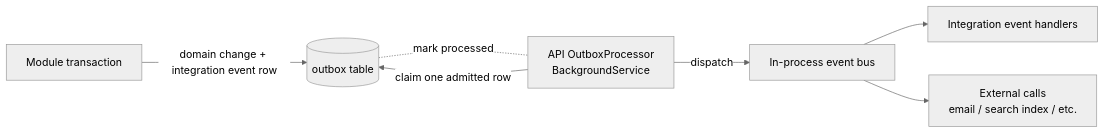
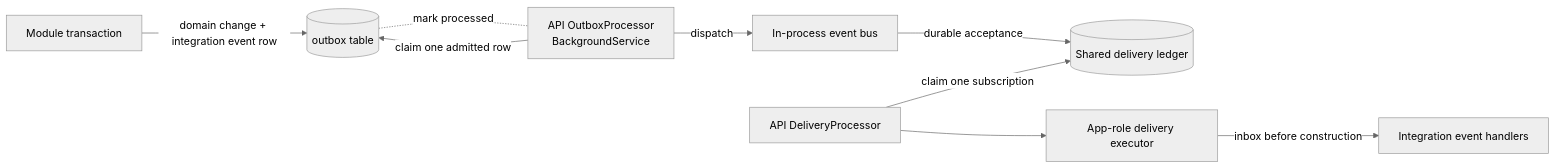
The second of 2 diagrams in docs/architecture/04-technical-architecture.md (HodeTech/LearnStack), drawn with Mermaid (neutral theme) before and after one commit. The commit also changed other lines of this file and 162 other files, not shown here.

First line of the commit message:
feat(kernel): complete P02b-3 durable subscriber delivery (#31)

````diff
--- a/docs/architecture/04-technical-architecture.md
+++ b/docs/architecture/04-technical-architecture.md
@@ -172,16 +172,20 @@
 ```mermaid
 flowchart LR
   trans[Module transaction]
   outbox[(outbox table)]
   dispatcher[API OutboxProcessor<br/>BackgroundService]
   bus[In-process event bus]
+  ledger[(Shared delivery ledger)]
+  consumer[API DeliveryProcessor]
+  executor[App-role delivery executor]
   handlers[Integration event handlers]
-  externals[External calls<br/>email / search index / etc.]
 
   trans -- domain change + integration event row --> outbox
   dispatcher -- claim one admitted row --> outbox
   dispatcher -- dispatch --> bus
-  bus --> handlers
-  bus --> externals
+  bus -- durable acceptance --> ledger
+  consumer -- claim one subscription --> ledger
+  consumer --> executor
+  executor -- inbox before construction --> handlers
   outbox -. mark processed .- dispatcher
 ```
````
